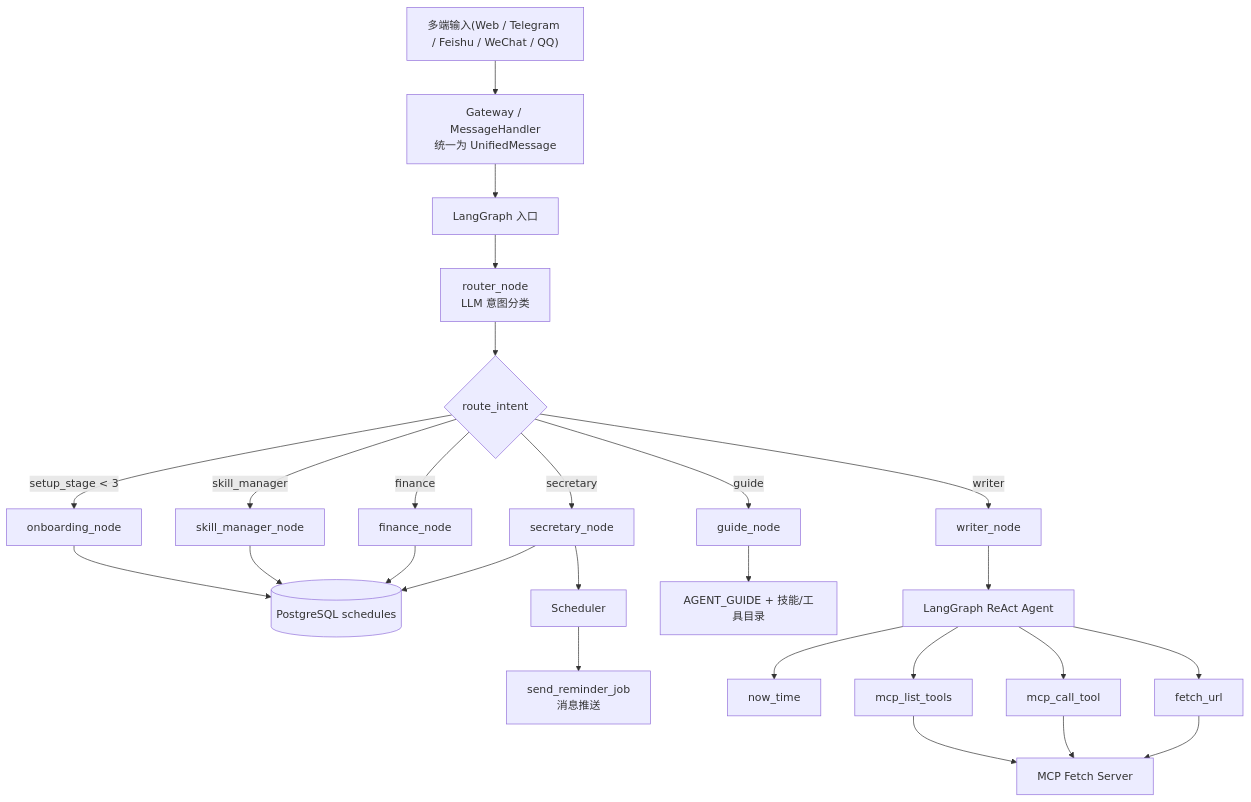
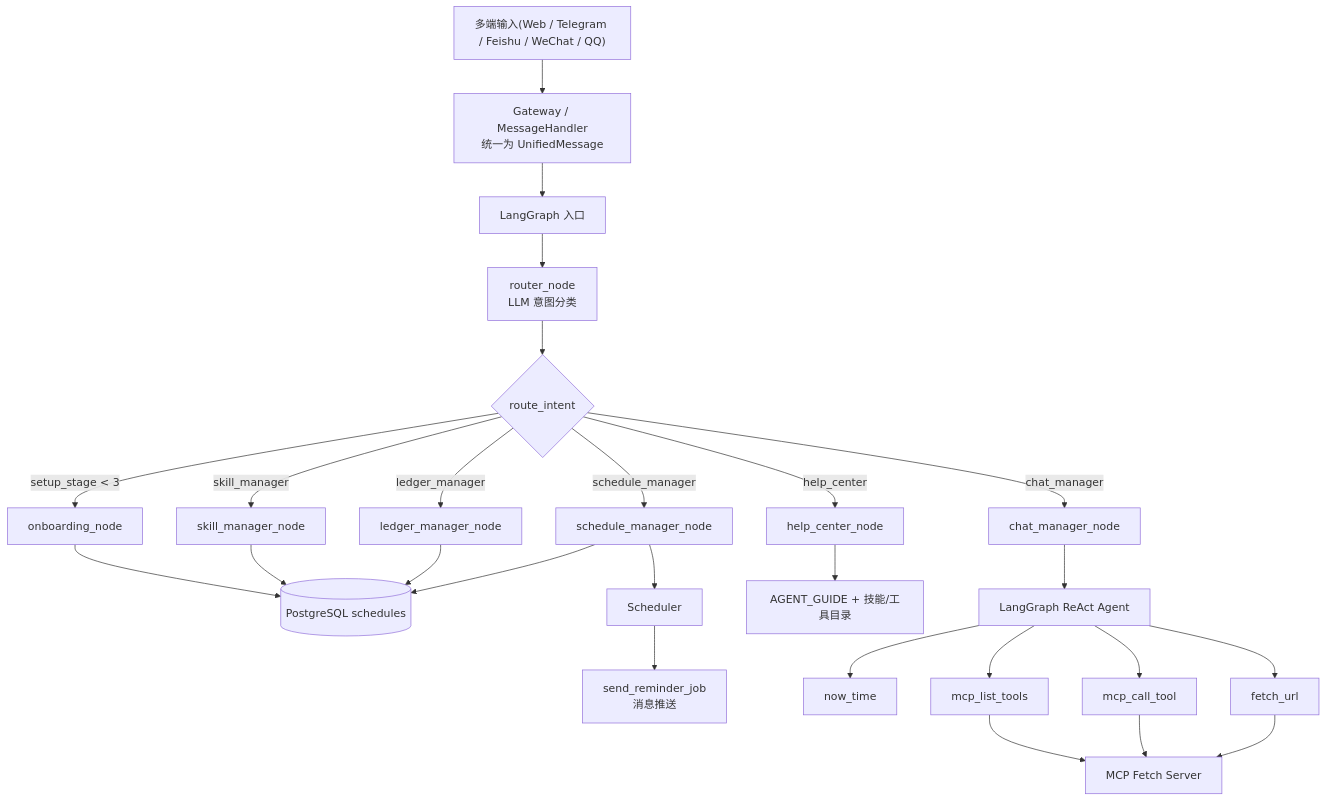
Before and after one commit to Lsogod/personal-ai-pai: the diagram in README.md, drawn with Mermaid. The commit also changed other lines of this file and 2 other files, not shown here.

Commit message:
docs: update README and SVG diagrams to reflect new node names

````diff
--- a/README.md
+++ b/README.md
@@ -56,31 +56,31 @@
 ```mermaid
 flowchart TB
     A["多端输入(Web / Telegram / Feishu / WeChat / QQ)"] --> B["Gateway / MessageHandler\n统一为 UnifiedMessage"]
     B --> C["LangGraph 入口"]
     C --> D["router_node\nLLM 意图分类"]
     D --> E{"route_intent"}
 
     E -->|setup_stage < 3| N1["onboarding_node"]
     E -->|skill_manager| N2["skill_manager_node"]
-    E -->|finance| N3["finance_node"]
-    E -->|secretary| N4["secretary_node"]
-    E -->|guide| N5["guide_node"]
-    E -->|writer| N6["writer_node"]
+    E -->|ledger_manager| N3["ledger_manager_node"]
+    E -->|schedule_manager| N4["schedule_manager_node"]
+    E -->|help_center| N5["help_center_node"]
+    E -->|chat_manager| N6["chat_manager_node"]
 
     N1 --> DB[(PostgreSQL users)]
     N2 --> DB
     N3 --> DB[(PostgreSQL ledgers / messages)]
     N4 --> DB[(PostgreSQL schedules)]
     N4 --> SCH["Scheduler"]
     SCH --> PUSH["send_reminder_job\n消息推送"]
     N5 --> DOC["AGENT_GUIDE + 技能/工具目录"]
     N6 --> AG["LangGraph ReAct Agent"]
 
     AG --> T1["now_time"]
     AG --> T2["mcp_list_tools"]
     AG --> T3["mcp_call_tool"]
     AG --> T4["fetch_url"]
     T2 --> MCP["MCP Fetch Server"]
     T3 --> MCP
     T4 --> MCP
 ```
````
